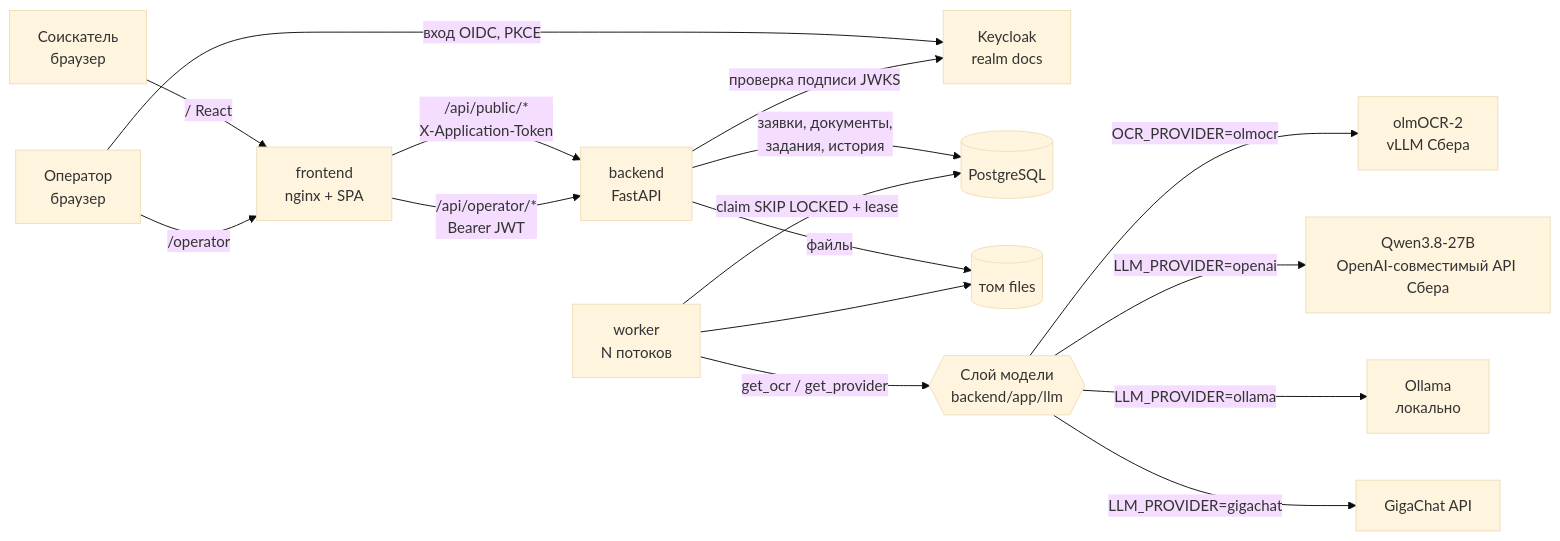
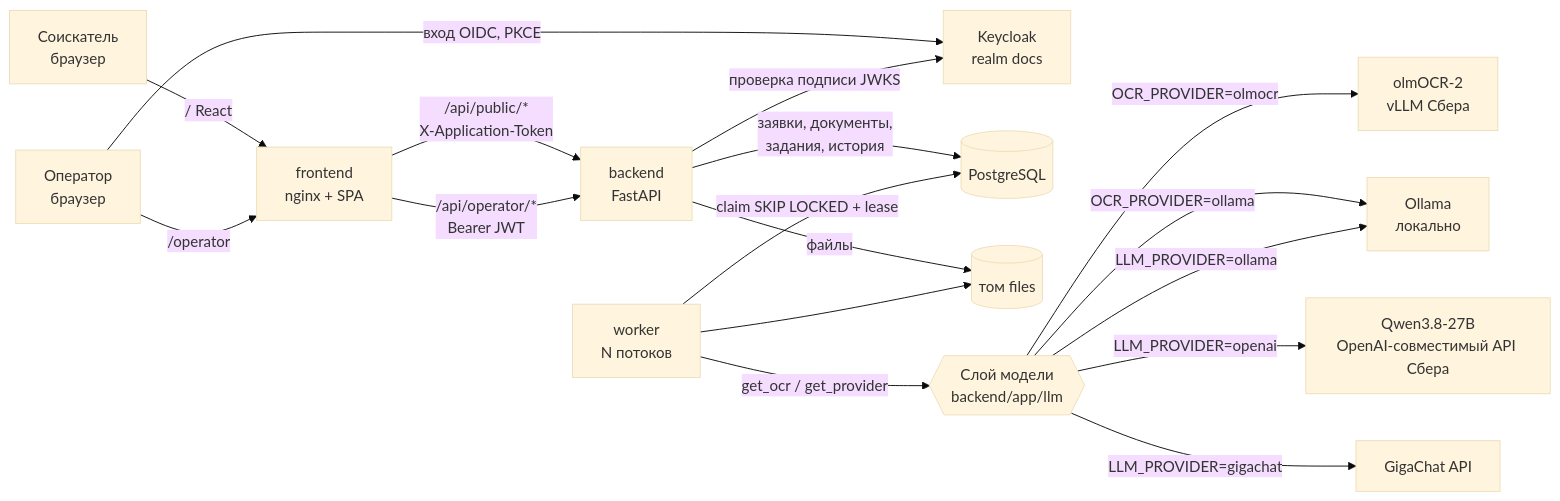
The diagram in docs/architecture.md (st0rmey3/bobroboso_sbervibe), drawn with Mermaid (base theme) before and after one commit. The commit also changed 5 other files, not shown here.

Commit message:
llm: local OCR step via Ollama (OCR_PROVIDER=ollama), docs

````diff
--- a/docs/architecture.md
+++ b/docs/architecture.md
@@ -3,18 +3,19 @@
 ```mermaid
 flowchart LR
   A[Соискатель<br/>браузер] -->|/  React| F[frontend<br/>nginx + SPA]
   O[Оператор<br/>браузер] -->|/operator| F
   O -->|вход OIDC, PKCE| K[Keycloak<br/>realm docs]
   F -->|/api/public/*<br/>X-Application-Token| B[backend<br/>FastAPI]
   F -->|/api/operator/*<br/>Bearer JWT| B
   B -->|проверка подписи JWKS| K
   B -->|заявки, документы,<br/>задания, история| P[(PostgreSQL)]
   B -->|файлы| V[(том files)]
   W[worker<br/>N потоков] -->|claim SKIP LOCKED + lease| P
   W --> V
   W -->|get_ocr / get_provider| L{{Слой модели<br/>backend/app/llm}}
   L -->|OCR_PROVIDER=olmocr| OC[olmOCR-2<br/>vLLM Сбера]
+  L -->|OCR_PROVIDER=ollama| OL
   L -->|LLM_PROVIDER=openai| OA[Qwen3.8-27B<br/>OpenAI-совместимый API Сбера]
   L -->|LLM_PROVIDER=ollama| OL[Ollama<br/>локально]
   L -->|LLM_PROVIDER=gigachat| GC[GigaChat API]
 ```
````
